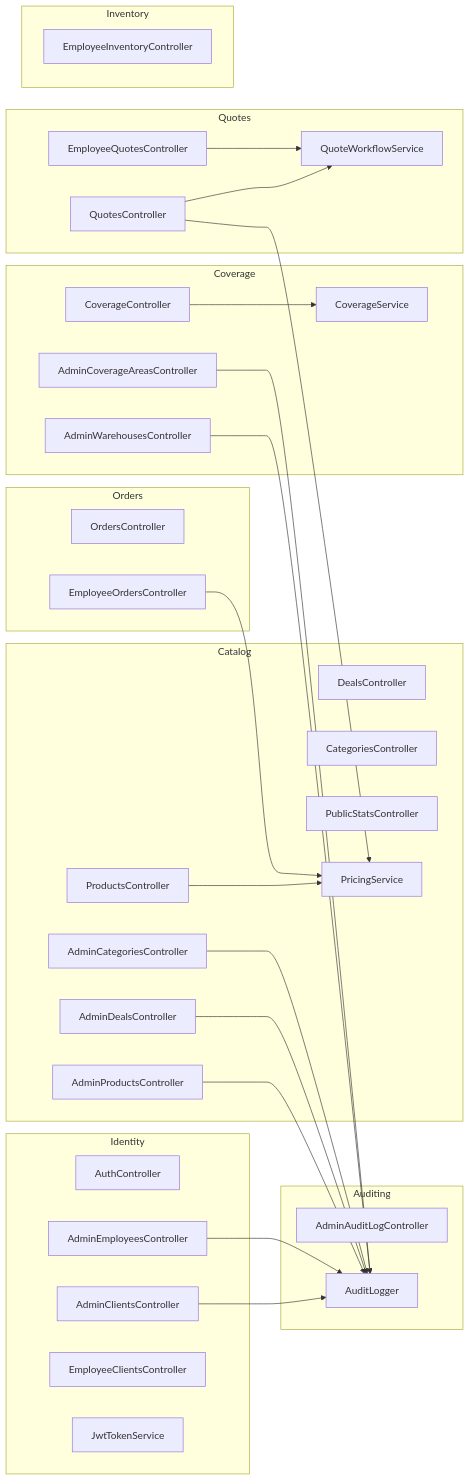
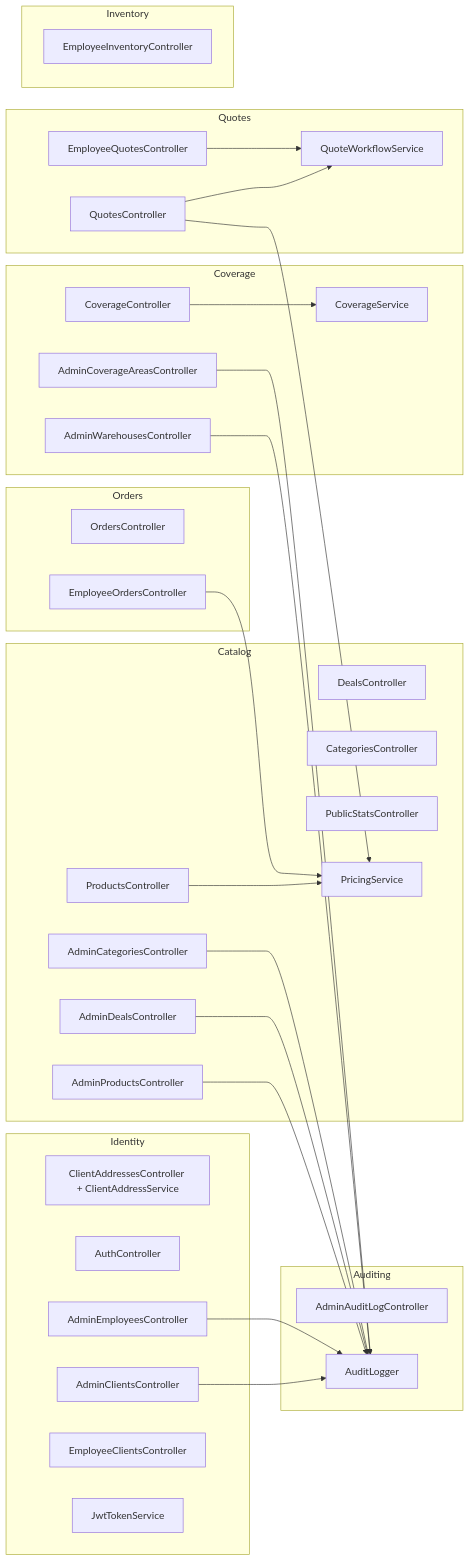
The third of 12 diagrams in architecture.md (GucciVanin/MarviWebsite), drawn with Mermaid before and after one commit. The commit also changed other lines of this file and 113 other files, not shown here.

````diff
--- a/architecture.md
+++ b/architecture.md
@@ -104,47 +104,48 @@
 ```mermaid
 flowchart LR
     subgraph Identity
+        I6[ClientAddressesController + ClientAddressService]
         I1[AuthController]
         I2[AdminClientsController]
         I3[AdminEmployeesController]
         I4[EmployeeClientsController]
         I5[JwtTokenService]
     end
     subgraph Catalog
         C1[ProductsController]
         C2[DealsController]
         C3[AdminProductsController]
         C4[AdminDealsController]
         C6[CategoriesController]
         C7[AdminCategoriesController]
         C8[PublicStatsController]
         C5[PricingService]
     end
     subgraph Coverage
         V1[CoverageController]
         V2[AdminWarehousesController]
         V3[AdminCoverageAreasController]
         V4[CoverageService]
     end
     subgraph Quotes
         Q1[QuotesController]
         Q2[EmployeeQuotesController]
         Q3[QuoteWorkflowService]
     end
     subgraph Orders
         O1[OrdersController]
         O2[EmployeeOrdersController]
     end
     subgraph Inventory
         N1[EmployeeInventoryController]
     end
     subgraph Auditing
         A1[AdminAuditLogController]
         A2[AuditLogger]
     end
 
     C1 & O2 & Q1 --> C5
     Q1 & Q2 --> Q3
     V1 --> V4
     I2 & I3 & C3 & C4 & C7 & V2 & V3 --> A2
 ```
````
